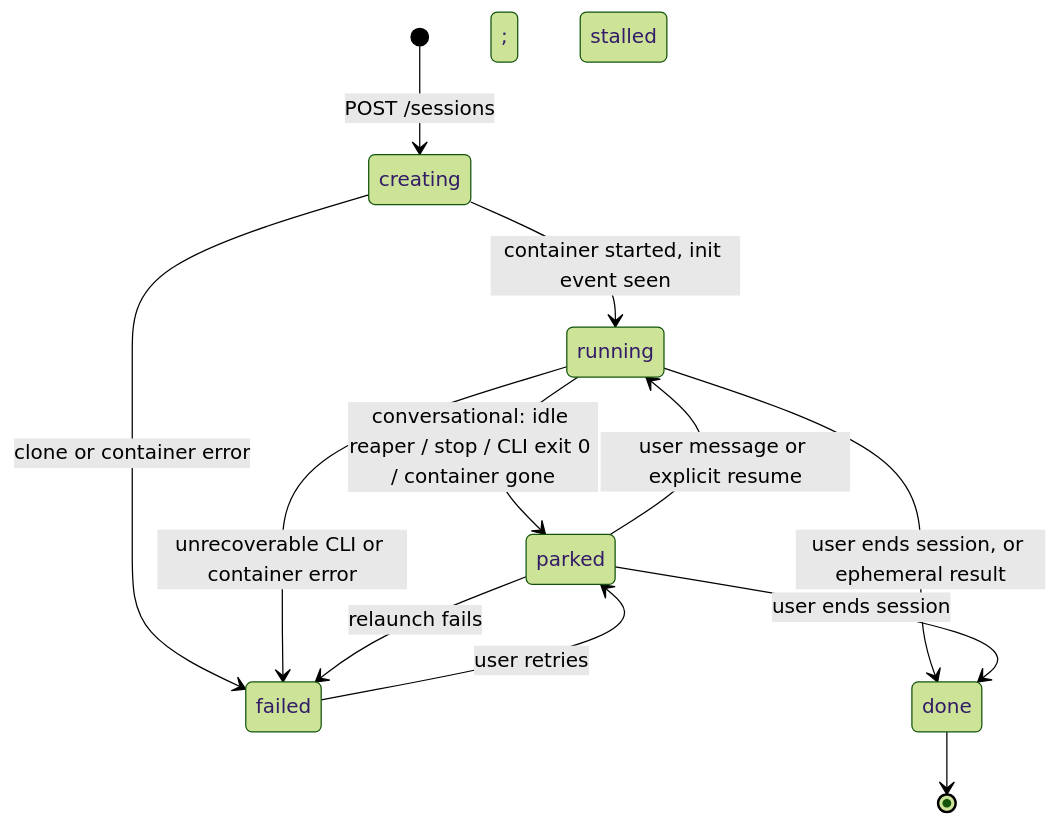
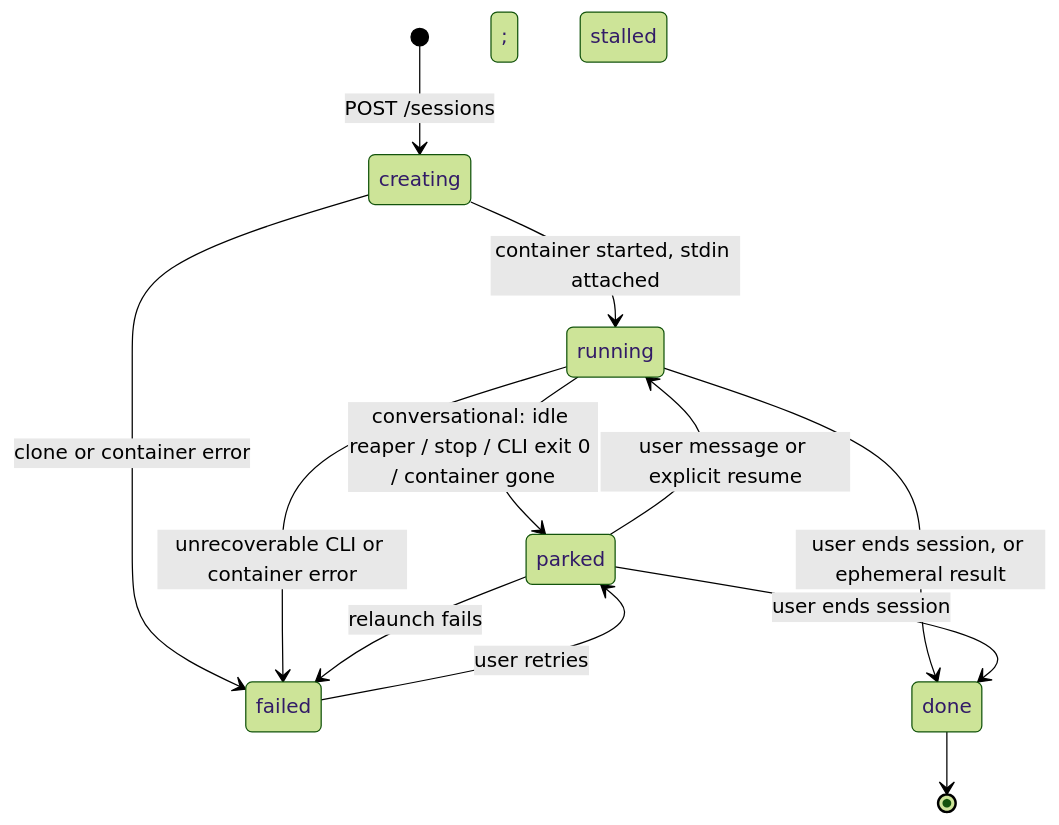
Before and after one commit to LHelge/mars: the third of 7 diagrams in ARCHITECTURE.md, drawn with Mermaid (forest theme). The commit also changed other lines of this file and 9 other files, not shown here.

````diff
--- a/ARCHITECTURE.md
+++ b/ARCHITECTURE.md
@@ -201,14 +201,14 @@
 ```mermaid
 stateDiagram-v2
     [*] --> creating: POST /sessions
-    creating --> running: container started, init event seen
+    creating --> running: container started, stdin attached
     creating --> failed: clone or container error
     running --> parked: conversational: idle reaper / stop / CLI exit 0 / container gone
     running --> failed: unrecoverable CLI or container error; ephemeral: stalled
     running --> done: user ends session, or ephemeral result
     parked --> running: user message or explicit resume
     parked --> done: user ends session
     parked --> failed: relaunch fails
     failed --> parked: user retries
     done --> [*]
 ```
````
